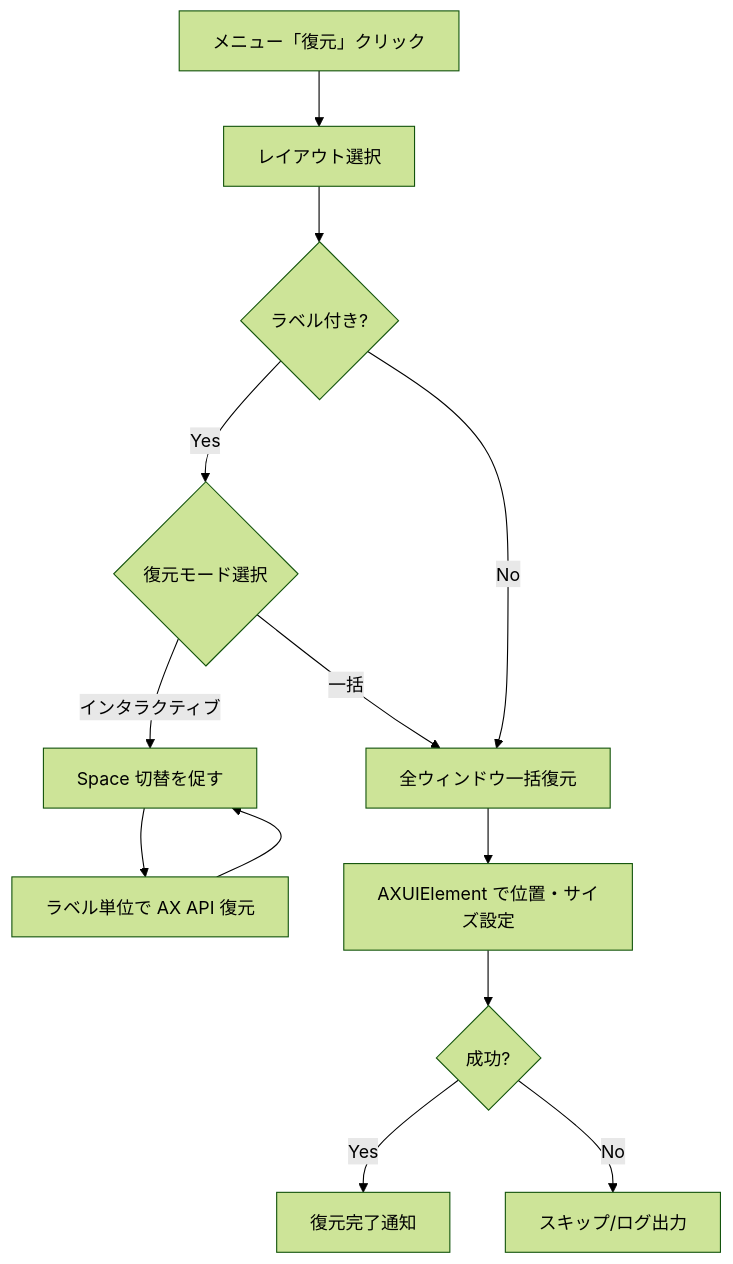
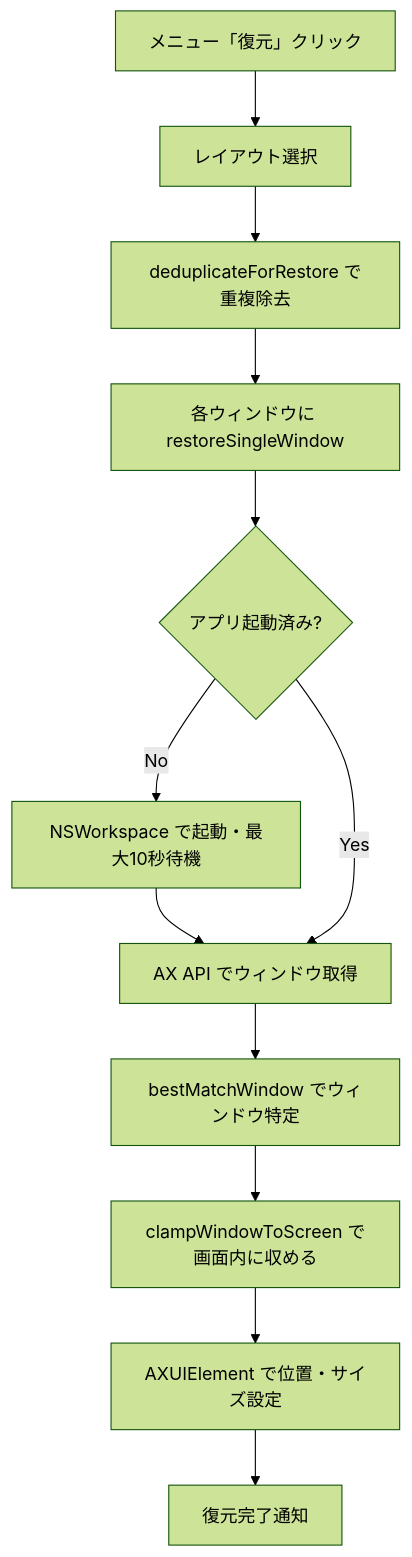
Before and after one commit to Sa-saT/WindowRestore: the second of 3 diagrams in docs/DESIGN.md, drawn with Mermaid (forest theme). The commit also changed other lines of this file and 10 other files, not shown here.

````diff
--- a/docs/DESIGN.md
+++ b/docs/DESIGN.md
@@ -117,15 +120,14 @@
 ```mermaid
 flowchart TD
     A[メニュー「復元」クリック] --> B[レイアウト選択]
-    B --> C{ラベル付き?}
-    C -->|Yes| D{復元モード選択}
-    D -->|インタラクティブ| E[Space 切替を促す]
-    E --> F[ラベル単位で AX API 復元]
-    F --> E
-    D -->|一括| G[全ウィンドウ一括復元]
-    C -->|No| G
-    G --> H[AXUIElement で位置・サイズ設定]
-    H --> I{成功?}
-    I -->|Yes| J[復元完了通知]
-    I -->|No| K[スキップ/ログ出力]
+    B --> C[deduplicateForRestore で重複除去]
+    C --> D[各ウィンドウに restoreSingleWindow]
+    D --> E{アプリ起動済み?}
+    E -->|No| F[NSWorkspace で起動・最大10秒待機]
+    F --> G[AX API でウィンドウ取得]
+    E -->|Yes| G
+    G --> H[bestMatchWindow でウィンドウ特定]
+    H --> I[clampWindowToScreen で画面内に収める]
+    I --> J[AXUIElement で位置・サイズ設定]
+    J --> K[復元完了通知]
 ```
````
